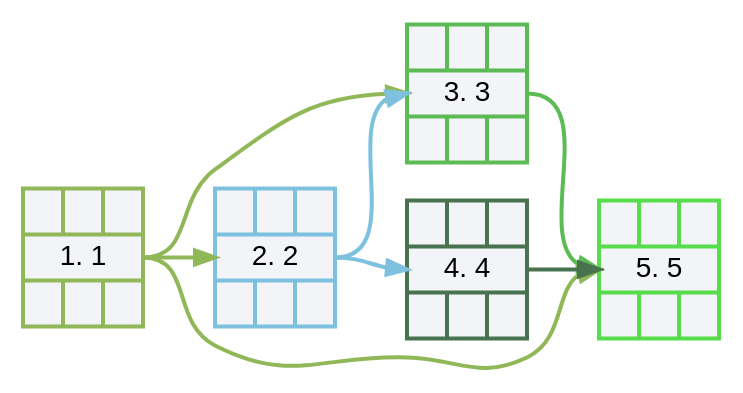
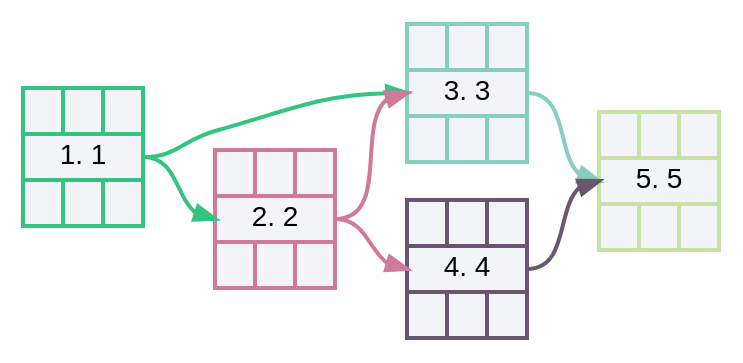
Before and after one commit to DVin-programmer/networkGraphics: the diagram in files/NetworkGraph01.gv, drawn with Graphviz. The commit also changed 11 other files, not shown here.

```diff
--- a/files/NetworkGraph01.gv
+++ b/files/NetworkGraph01.gv
@@ -1,22 +1,21 @@
         digraph NetworkGraph01
         {
            //graph [charset = "utf8"]
            rankdir = LR
            layout = dot
            splines = spline
            node [style = "filled, bold", fillcolor = "#f2f4f7", fontname = "Arial"]
            edge [penwidth = 2]
-           v1 [fontname = "Arial",color = "#91b858", shape = record, label = "{  |  |  } |  <mI1> 1. 1 | { |  |  }"]
-   v2 [fontname = "Arial",color = "#7ec1df", shape = record, label = "{  |  |  } |  <mI2> 2. 2 | { |  |  }"]
-   v3 [fontname = "Arial",color = "#5cbb54", shape = record, label = "{  |  |  } |  <mI3> 3. 3 | { |  |  }"]
-   v4 [fontname = "Arial",color = "#49724f", shape = record, label = "{  |  |  } |  <mI4> 4. 4 | { |  |  }"]
-   v5 [fontname = "Arial",color = "#57dc4c", shape = record, label = "{  |  |  } |  <mI5> 5. 5 | { |  |  }"]
-   v1:<mI1> -> v2:<mI2> [color = "#91b858"]
-   v1:<mI1> -> v3:<mI3> [color = "#91b858"]
-   v2:<mI2> -> v3:<mI3> [color = "#7ec1df"]
-   v2:<mI2> -> v4:<mI4> [color = "#7ec1df"]
-   v1:<mI1> -> v5:<mI5> [color = "#91b858"]
-   v3:<mI3> -> v5:<mI5> [color = "#5cbb54"]
-   v4:<mI4> -> v5:<mI5> [color = "#49724f"]
+           v1 [fontname = "Arial",color = "#34c381", shape = record, label = "{  |  |  } |  <mI1> 1. 1 | { |  |  }"]
+   v2 [fontname = "Arial",color = "#d07a9a", shape = record, label = "{  |  |  } |  <mI2> 2. 2 | { |  |  }"]
+   v3 [fontname = "Arial",color = "#86cebe", shape = record, label = "{  |  |  } |  <mI3> 3. 3 | { |  |  }"]
+   v4 [fontname = "Arial",color = "#695671", shape = record, label = "{  |  |  } |  <mI4> 4. 4 | { |  |  }"]
+   v5 [fontname = "Arial",color = "#c8e1a6", shape = record, label = "{  |  |  } |  <mI5> 5. 5 | { |  |  }"]
+   v1:<mI1> -> v2:<mI2> [color = "#34c381"]
+   v2:<mI2> -> v3:<mI3> [color = "#d07a9a"]
+   v1:<mI1> -> v3:<mI3> [color = "#34c381"]
+   v2:<mI2> -> v4:<mI4> [color = "#d07a9a"]
+   v3:<mI3> -> v5:<mI5> [color = "#86cebe"]
+   v4:<mI4> -> v5:<mI5> [color = "#695671"]
 
 }
```
